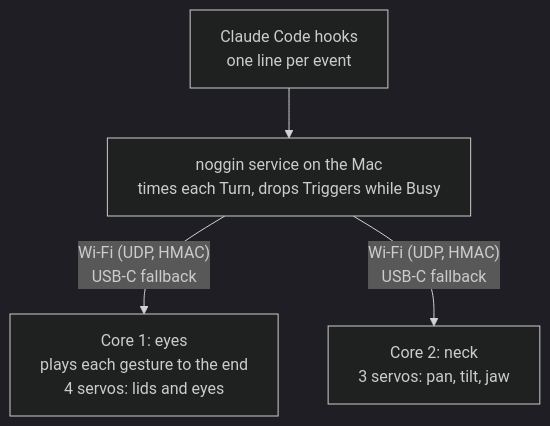
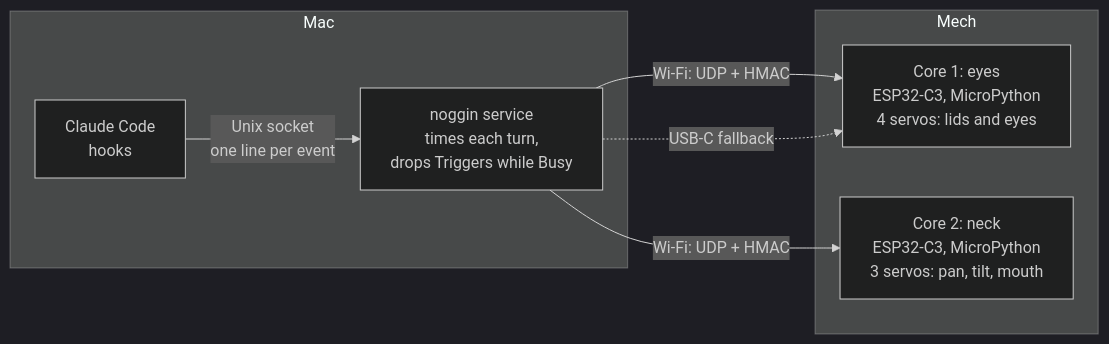
Before and after one commit to yellow-pine/noggin: the diagram in README.md, drawn with Mermaid (dark theme). The commit also changed other lines of this file and 5 other files, not shown here.

First line of the commit message:
Docs: system diagrams revamped, README overview and docs/how-it-works.md (#256)

````diff
--- a/README.md
+++ b/README.md
@@ -59,7 +59,20 @@
 ```mermaid
-%%{init: {"flowchart": {"wrappingWidth": 320}}}%%
-flowchart TB
-    CC["Claude Code hooks<br/>one line per event"] --> NS["noggin service on the Mac<br/>times each Turn, drops Triggers while Busy"]
-    NS -- "Wi-Fi (UDP, HMAC)<br/>USB-C fallback" --> C1["Core 1: eyes<br/>plays each gesture to the end<br/>4 servos: lids and eyes"]
-    NS -- "Wi-Fi (UDP, HMAC)<br/>USB-C fallback" --> C2["Core 2: neck<br/>3 servos: pan, tilt, jaw"]
+---
+config:
+  layout: dagre
+  look: classic
+---
+flowchart LR
+    accTitle: How noggin works
+    accDescr: On the Mac, Claude Code's hooks write one line per event to a Unix socket; the noggin service times each turn and sends a command over Wi-Fi, as UDP datagrams signed with HMAC, to the Mech's two Cores. Core 1 drives the eyes' 4 servos, Core 2 the neck's 3. USB-C is a fallback to the eyes Core only.
+    subgraph Mac
+        CC["Claude Code<br/>hooks"] -- "Unix socket<br/>one line per event" --> NS["noggin service<br/>times each turn,<br/>drops Triggers while Busy"]
+    end
+    subgraph Mech
+        C1["Core 1: eyes<br/>ESP32-C3, MicroPython<br/>4 servos: lids and eyes"]
+        C2["Core 2: neck<br/>ESP32-C3, MicroPython<br/>3 servos: pan, tilt, mouth"]
+    end
+    NS -- "Wi-Fi: UDP + HMAC" --> C1
+    NS -- "Wi-Fi: UDP + HMAC" --> C2
+    NS -. "USB-C fallback" .-> C1
 ```
````
